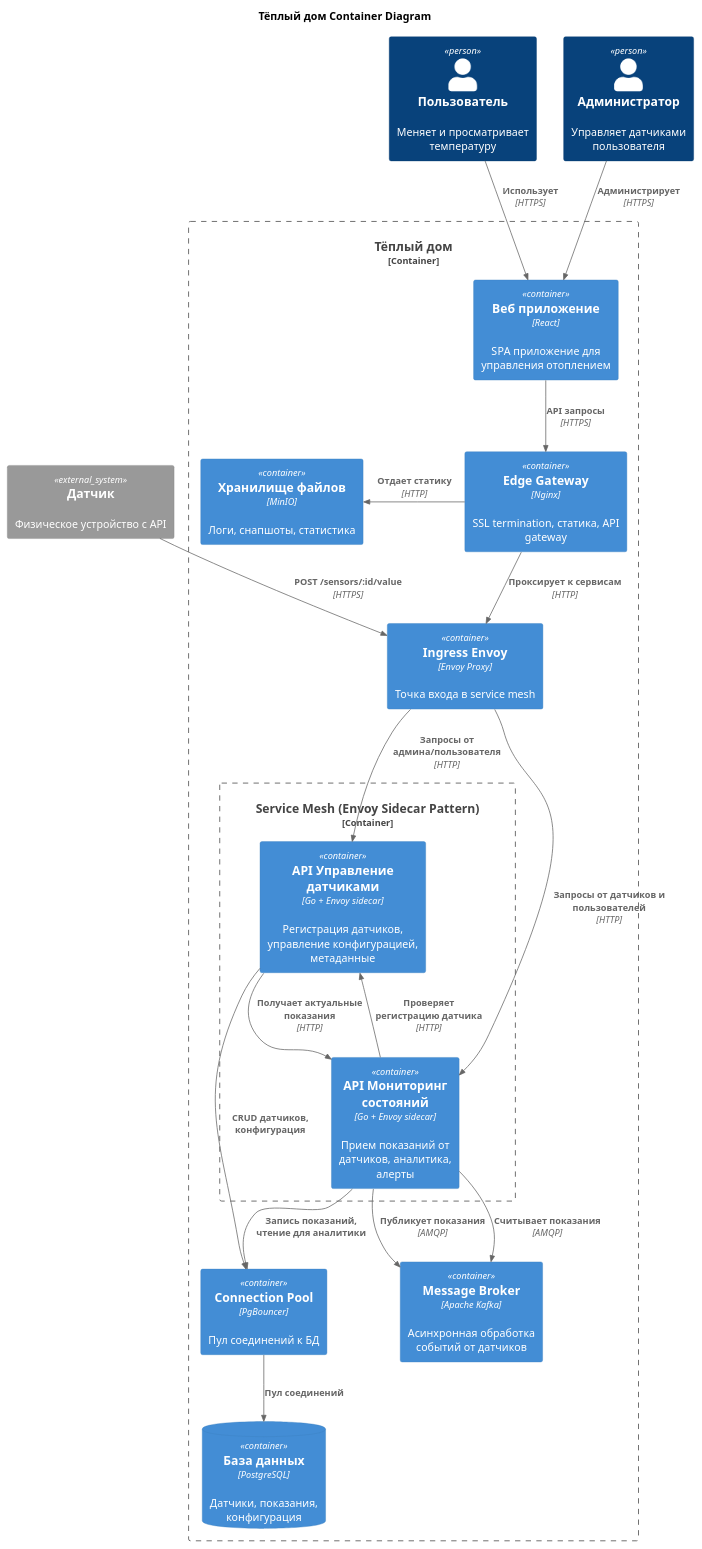
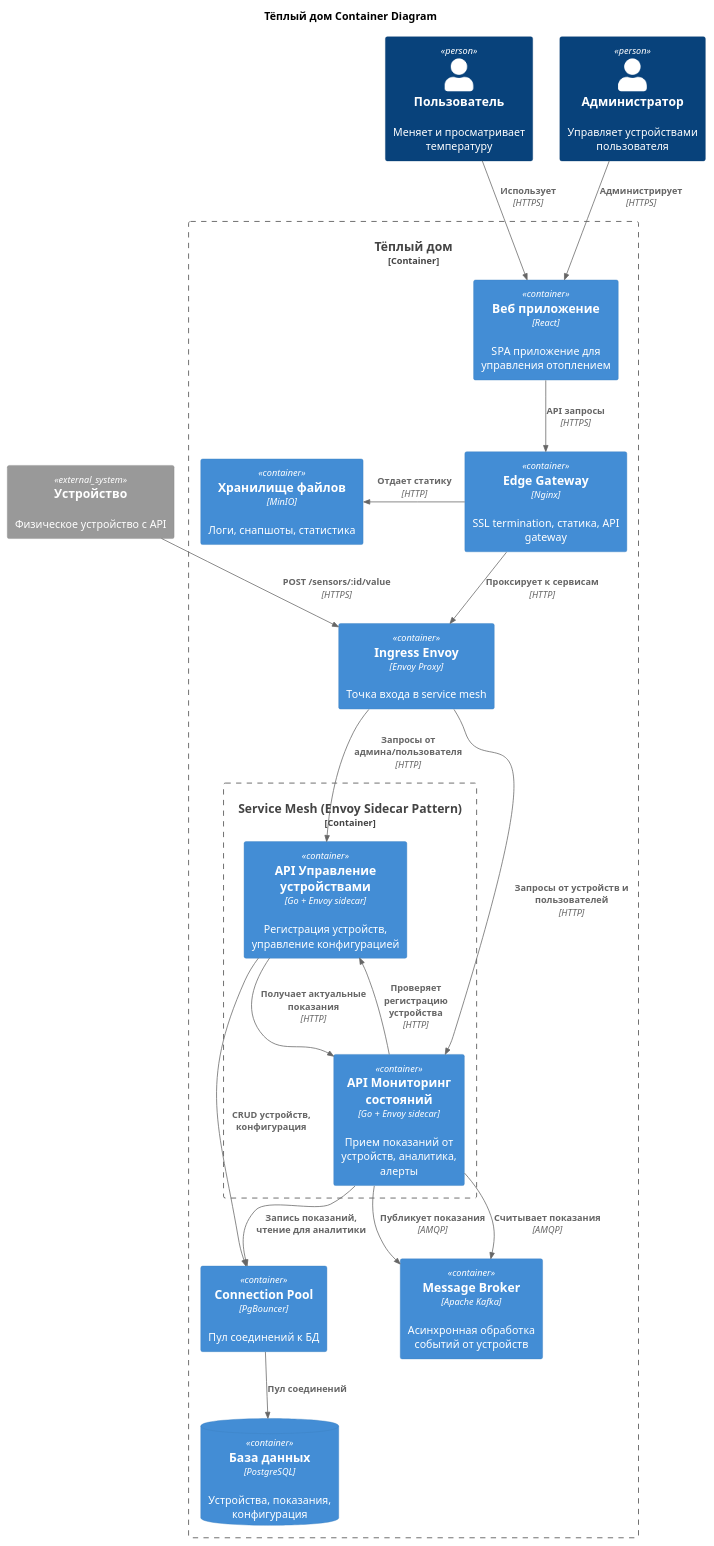
Before and after one commit to egorgasay/architecture-pro-warmhouse: the second of 4 diagrams in README.md, drawn with PlantUML. The commit also changed other lines of this file, not shown here.

````diff
--- a/README.md
+++ b/README.md
@@ -100,61 +100,61 @@
 ```plantuml
 @startuml
 
 title Тёплый дом Container Diagram
 
 top to bottom direction
 
 !includeurl https://raw.githubusercontent.com/RicardoNiepel/C4-PlantUML/master/C4_Container.puml
 
 Person(user, "Пользователь", "Меняет и просматривает температуру")
-Person(admin, "Администратор", "Управляет датчиками пользователя")
+Person(admin, "Администратор", "Управляет устройствами пользователя")
 
 Container_Boundary(WarmHouseSystem, "Тёплый дом") {
 	Container(WebApp, "Веб приложение", "React", "SPA приложение для управления отоплением")
 	Container(NginxProxy, "Edge Gateway", "Nginx", "SSL termination, статика, API gateway")
 	Container(IngressEnvoy, "Ingress Envoy", "Envoy Proxy", "Точка входа в service mesh")
 	
 	Container_Boundary(ServiceMesh, "Service Mesh (Envoy Sidecar Pattern)") {
-		Container(SensorsAPI, "API Управление датчиками", "Go + Envoy sidecar", "Регистрация датчиков, управление конфигурацией, метаданные")
-		Container(StateMonitoringAPI, "API Мониторинг состояний", "Go + Envoy sidecar", "Прием показаний от датчиков, аналитика, алерты")
+		Container(SensorsAPI, "API Управление устройствами", "Go + Envoy sidecar", "Регистрация устройств, управление конфигурацией")
+		Container(StateMonitoringAPI, "API Мониторинг состояний", "Go + Envoy sidecar", "Прием показаний от устройств, аналитика, алерты")
 	}
 	
 	Container(PgBouncer, "Connection Pool", "PgBouncer", "Пул соединений к БД")
-	ContainerDb(Database, "База данных", "PostgreSQL", "Датчики, показания, конфигурация")
+	ContainerDb(Database, "База данных", "PostgreSQL", "Устройства, показания, конфигурация")
 	Container(S3, "Хранилище файлов", "MinIO", "Логи, снапшоты, статистика")
-	Container(MessageBroker, "Message Broker", "Apache Kafka", "Асинхронная обработка событий от датчиков")
+	Container(MessageBroker, "Message Broker", "Apache Kafka", "Асинхронная обработка событий от устройств")
 }
 
-System_Ext(sensorDevice, "Датчик", "Физическое устройство с API")
+System_Ext(sensorDevice, "Устройство", "Физическое устройство с API")
 
 ' Пользователи
 Rel(user, WebApp, "Использует", "HTTPS")
 Rel(admin, WebApp, "Администрирует", "HTTPS")
 
 ' Nginx
 Rel(WebApp, NginxProxy, "API запросы", "HTTPS")
 Rel(NginxProxy, IngressEnvoy, "Проксирует к сервисам", "HTTP")
 Rel_L(NginxProxy, S3, "Отдает статику", "HTTP")
 
 ' Envoy
 Rel(IngressEnvoy, SensorsAPI, "Запросы от админа/пользователя", "HTTP")
-Rel(IngressEnvoy, StateMonitoringAPI, "Запросы от датчиков и пользователей", "HTTP")
+Rel(IngressEnvoy, StateMonitoringAPI, "Запросы от устройств и пользователей", "HTTP")
 
 ' S2S через sidecar Envoy
 Rel(SensorsAPI, StateMonitoringAPI, "Получает актуальные показания", "HTTP")
-Rel(StateMonitoringAPI, SensorsAPI, "Проверяет регистрацию датчика", "HTTP")
+Rel(StateMonitoringAPI, SensorsAPI, "Проверяет регистрацию устройства", "HTTP")
 
 ' Брокер
 Rel(StateMonitoringAPI, MessageBroker, "Публикует показания", "AMQP")
 Rel(StateMonitoringAPI, MessageBroker, "Считывает показания", "AMQP")
 
 ' Database
-Rel(SensorsAPI, PgBouncer, "CRUD датчиков, конфигурация")
+Rel(SensorsAPI, PgBouncer, "CRUD устройств, конфигурация")
 Rel(StateMonitoringAPI, PgBouncer, "Запись показаний, чтение для аналитики")
 Rel(PgBouncer, Database, "Пул соединений")
 
-' Обновление данных датчиков
+' Обновление данных устройств
 Rel(sensorDevice, IngressEnvoy, "POST /sensors/:id/value", "HTTPS")
 
 @enduml
 ```
````
